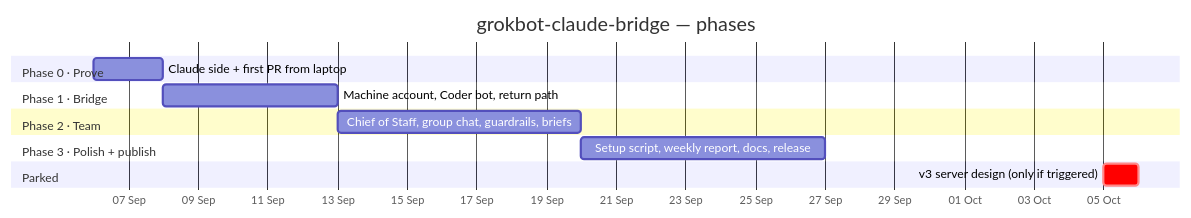
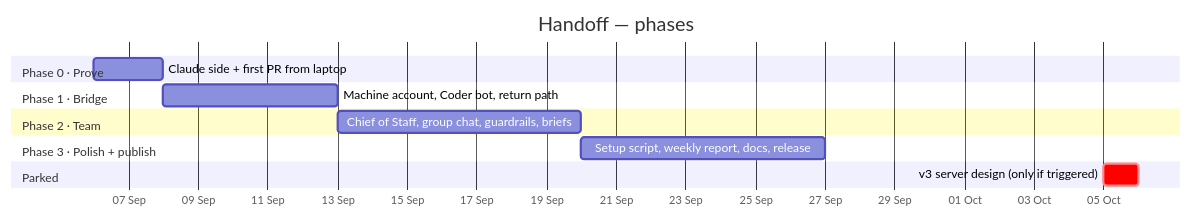
The diagram in docs/06-roadmap.md (mathew-builds/Handoff), drawn with Mermaid before and after one commit. The commit also changed 6 other files, not shown here.

````diff
--- a/docs/06-roadmap.md
+++ b/docs/06-roadmap.md
@@ -3,16 +3,16 @@
 ```mermaid
 gantt
-    title grokbot-claude-bridge — phases
+    title Handoff — phases
     dateFormat  YYYY-MM-DD
     axisFormat  %d %b
     section Phase 0 · Prove
     Claude side + first PR from laptop         :p0, 2026-09-06, 2d
     section Phase 1 · Bridge
     Machine account, Coder bot, return path    :p1, after p0, 5d
     section Phase 2 · Team
     Chief of Staff, group chat, guardrails, briefs :p2, after p1, 7d
     section Phase 3 · Polish + publish
     Setup script, weekly report, docs, release  :p3, after p2, 7d
     section Parked
     v3 server design (only if triggered)        :crit, 2026-10-05, 1d
 ```
````
